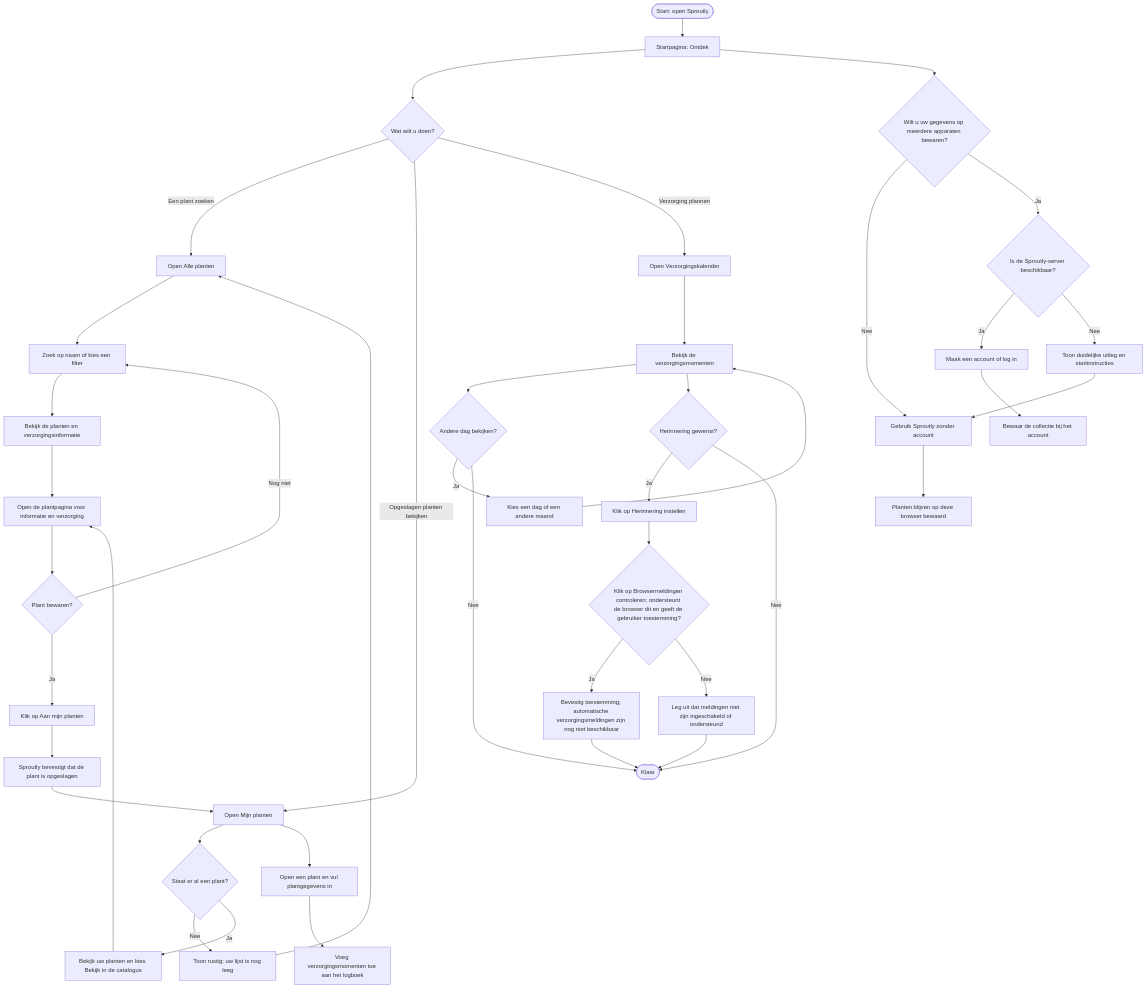
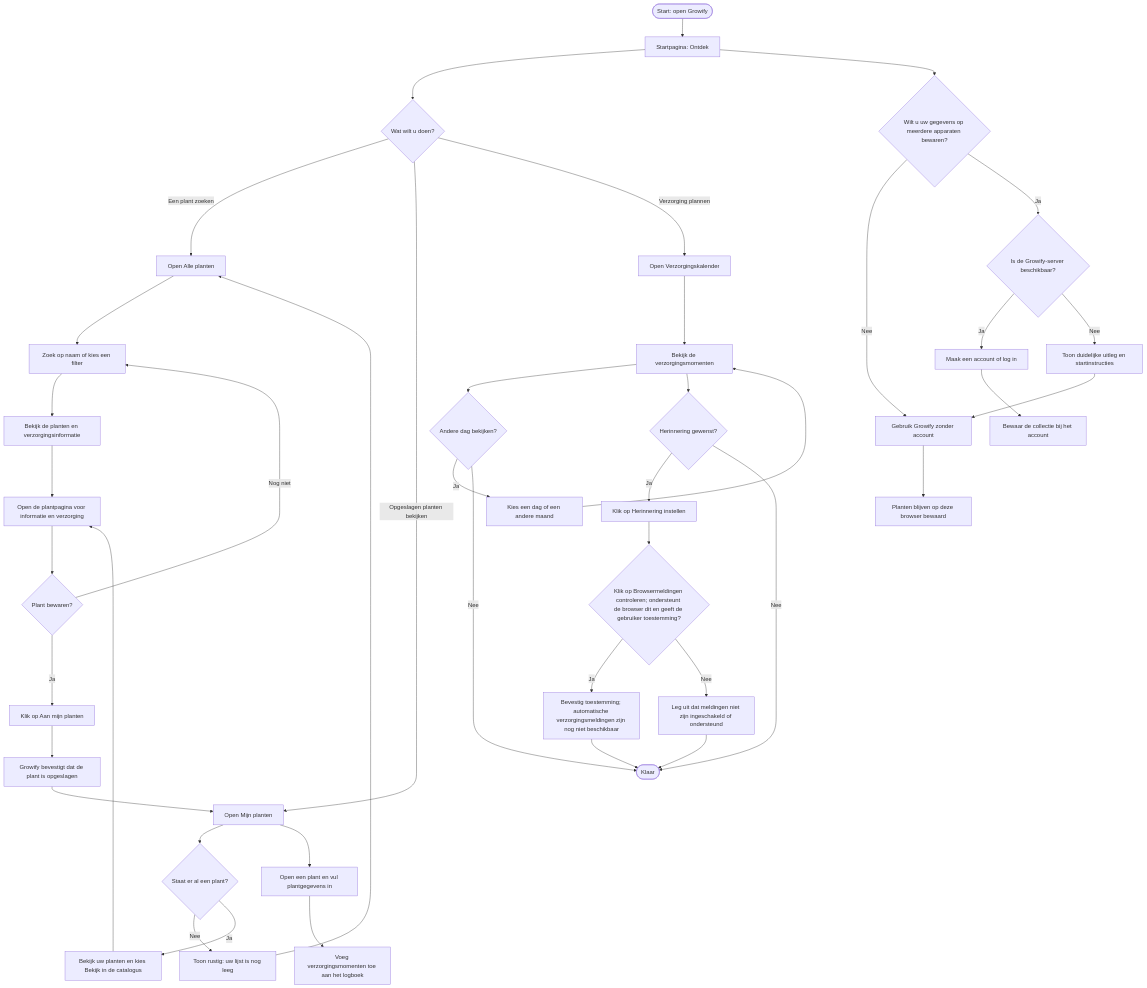
Before and after one commit to TyroneWessels/Sproutly-app: the diagram in docs/gebruikers-flowchart.md, drawn with Mermaid. The commit also changed other lines of this file and 26 other files, not shown here.

````diff
--- a/docs/gebruikers-flowchart.md
+++ b/docs/gebruikers-flowchart.md
@@ -5,48 +5,48 @@
 ```mermaid
 flowchart TD
-    A([Start: open Sproutly]) --> B[Startpagina: Ontdek]
+    A([Start: open Growify]) --> B[Startpagina: Ontdek]
     B --> C{Wat wilt u doen?}
 
     C -->|Een plant zoeken| D[Open Alle planten]
     D --> E[Zoek op naam of kies een filter]
     E --> F[Bekijk de planten en verzorgingsinformatie]
     F --> FF[Open de plantpagina voor informatie en verzorging]
     FF --> G{Plant bewaren?}
     G -->|Ja| H[Klik op Aan mijn planten]
-    H --> I[Sproutly bevestigt dat de plant is opgeslagen]
+    H --> I[Growify bevestigt dat de plant is opgeslagen]
     I --> J[Open Mijn planten]
     G -->|Nog niet| E
 
     C -->|Opgeslagen planten bekijken| J
     J --> K{Staat er al een plant?}
     K -->|Nee| L[Toon rustig: uw lijst is nog leeg]
     L --> D
     K -->|Ja| M[Bekijk uw planten en kies Bekijk in de catalogus]
     M --> FF
     J --> LOG[Open een plant en vul plantgegevens in]
     LOG --> LOG2[Voeg verzorgingsmomenten toe aan het logboek]
 
     C -->|Verzorging plannen| N[Open Verzorgingskalender]
     N --> O[Bekijk de verzorgingsmomenten]
     O --> P{Andere dag bekijken?}
     P -->|Ja| Q[Kies een dag of een andere maand]
     Q --> O
     P -->|Nee| R([Klaar])
     O --> S{Herinnering gewenst?}
     S -->|Ja| T[Klik op Herinnering instellen]
     T --> U{Klik op Browsermeldingen controleren; ondersteunt de browser dit en geeft de gebruiker toestemming?}
     U -->|Ja| V[Bevestig toestemming; automatische verzorgingsmeldingen zijn nog niet beschikbaar]
     U -->|Nee| W[Leg uit dat meldingen niet zijn ingeschakeld of ondersteund]
     S -->|Nee| R
     V --> R
     W --> R
 
     B --> X{Wilt u uw gegevens op meerdere apparaten bewaren?}
-    X -->|Nee| Y[Gebruik Sproutly zonder account]
+    X -->|Nee| Y[Gebruik Growify zonder account]
     Y --> Z[Planten blijven op deze browser bewaard]
-    X -->|Ja| AA{Is de Sproutly-server beschikbaar?}
+    X -->|Ja| AA{Is de Growify-server beschikbaar?}
     AA -->|Ja| AB[Maak een account of log in]
     AB --> AC[Bewaar de collectie bij het account]
     AA -->|Nee| AD[Toon duidelijke uitleg en startinstructies]
     AD --> Y
 ```
````
